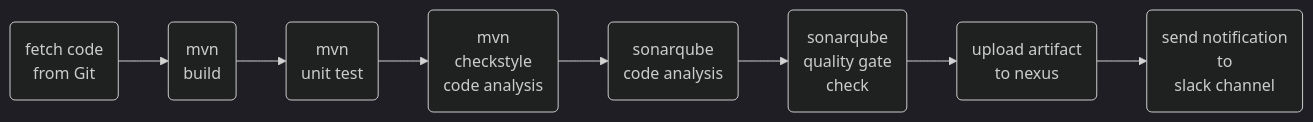
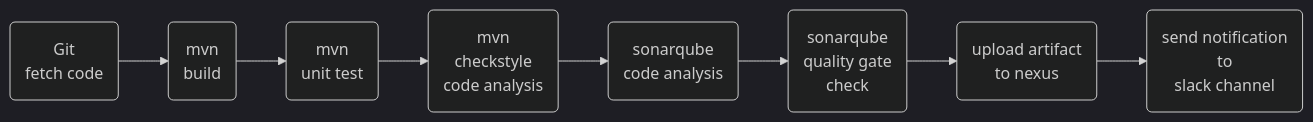
One commit to yogeshgunasekaran/Jenkinsfile changed the diagram in README.md. Above: the diagram before and after it, drawn with Mermaid (dark theme).

````diff
--- a/README.md
+++ b/README.md
@@ -11,7 +11,7 @@
 ```mermaid
 graph LR
-A(fetch code <br> from Git) -->B(mvn <br> build) -->C(mvn <br> unit test) -->D(mvn <br> checkstyle <br> code analysis)
+A(Git <br> fetch code) -->B(mvn <br> build) -->C(mvn <br> unit test) -->D(mvn <br> checkstyle <br> code analysis)
 -->E(sonarqube <br> code analysis) -->F(sonarqube <br> quality gate <br> check) -->G(upload artifact <br> to nexus)
 -->H(send notification <br> to <br> slack channel)
    
 ```
````
